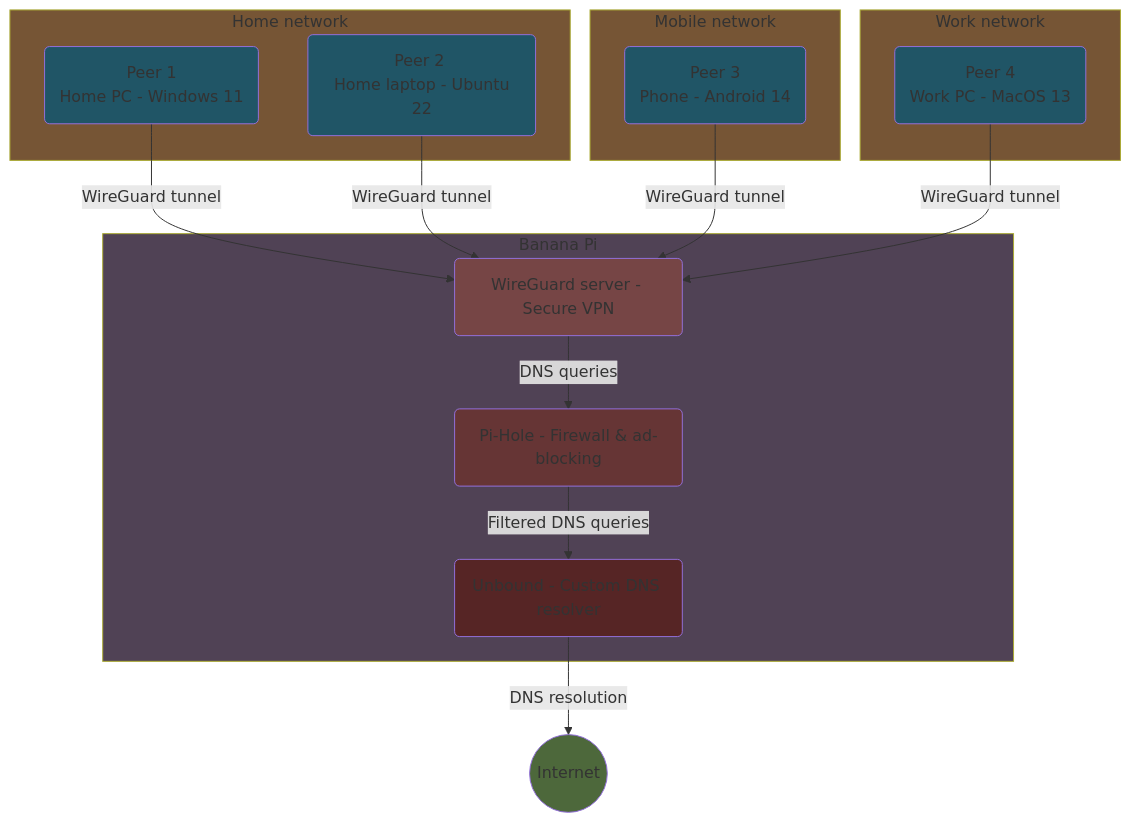
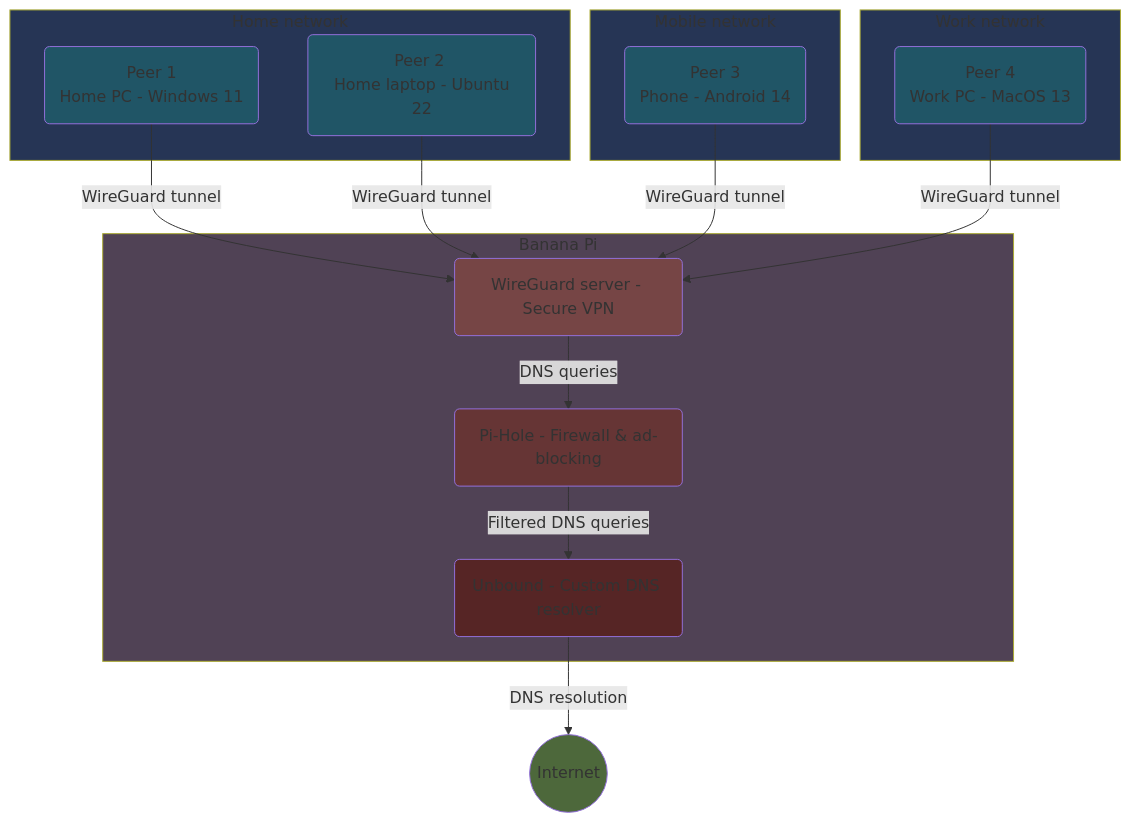
One commit to Yann39/self-hosted changed the sixth of 15 diagrams in README.md. Above: the diagram before and after it, drawn with Mermaid. The commit also changed other lines of this file and 4 other files, not shown here.

````diff
--- a/README.md
+++ b/README.md
@@ -1284,50 +1280,50 @@
 ```mermaid
 flowchart TB
     style WINDOWS11 fill: #205566
     style LAPTOP fill: #205566
     style MOBILE fill: #205566
     style MACOS fill: #205566
     style WIREGUARD_SERVER fill: #764545
     style PIHOLE fill: #663535
     style UNBOUND fill: #562525
     style INTERNET fill: #4d683b
-    style HOME_NETWORK fill: #765535
-    style 5G_NETWORK fill: #765535
-    style WORK_NETWORK fill: #765535
+    style HOME_NETWORK fill: #263555
+    style 5G_NETWORK fill: #263555
+    style WORK_NETWORK fill: #263555
     style BANANA_PI fill: #504255
     WINDOWS11(Peer 1 \n Home PC - Windows 11)
     LAPTOP(Peer 2 \n Home laptop - Ubuntu 22)
     MOBILE(Peer 3 \n Phone - Android 14)
     MACOS(Peer 4 \n Work PC - MacOS 13)
     WIREGUARD_SERVER(WireGuard server - Secure VPN)
     PIHOLE(Pi-Hole - Firewall & ad-blocking)
     UNBOUND(Unbound - Custom DNS resolver)
     INTERNET((Internet))
 
     subgraph HOME_NETWORK[Home network]
         WINDOWS11
         LAPTOP
     end
 
     subgraph 5G_NETWORK[Mobile network]
         MOBILE
     end
 
     subgraph WORK_NETWORK[Work network]
         MACOS
     end
 
     subgraph BANANA_PI[Banana Pi]
         WIREGUARD_SERVER
         PIHOLE
         UNBOUND
     end
 
     WINDOWS11 -- WireGuard tunnel --> WIREGUARD_SERVER
     LAPTOP -- WireGuard tunnel --> WIREGUARD_SERVER
     MOBILE -- WireGuard tunnel --> WIREGUARD_SERVER
     MACOS -- WireGuard tunnel --> WIREGUARD_SERVER
     WIREGUARD_SERVER -- DNS queries --> PIHOLE
     PIHOLE -- Filtered DNS queries --> UNBOUND
     UNBOUND -- DNS resolution --> INTERNET
 ```
````
